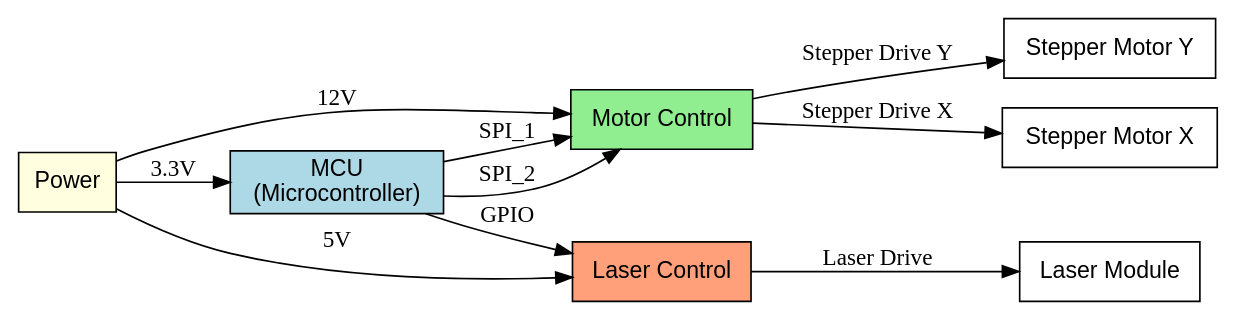
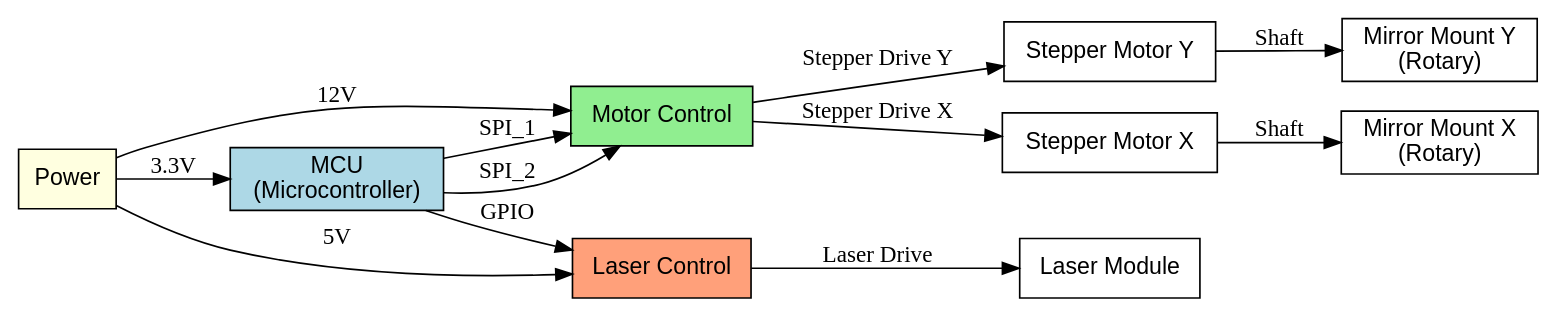
The diagram in docs/design/block-diagram.dot (SteveMayze/Laser-Projector), drawn with Graphviz before and after one commit.

Commit message:
Update block diagram design

```diff
--- a/docs/design/block-diagram.dot
+++ b/docs/design/block-diagram.dot
@@ -1,30 +1,34 @@
 digraph BlockDiagram {
     rankdir=LR;
     node [shape=box, style=filled, fillcolor=lightgrey, fontname="Helvetica"];
 
     // Blocks
     Power        [label="Power", fillcolor=lightyellow];
     MCU          [label="MCU\n(Microcontroller)", fillcolor=lightblue];
     MotorControl [label="Motor Control", fillcolor=lightgreen];
     LaserControl [label="Laser Control", fillcolor=lightsalmon];
 
     // Actuators
     StepperX     [label="Stepper Motor X", fillcolor=white];
     StepperY     [label="Stepper Motor Y", fillcolor=white];
+    MirrorMountX [label="Mirror Mount X\n(Rotary)", fillcolor=white];
+    MirrorMountY [label="Mirror Mount Y\n(Rotary)", fillcolor=white];
     LaserModule  [label="Laser Module", fillcolor=white];
 
     // Power outputs
     Power -> MCU          [label="3.3V"];
     Power -> LaserControl [label="5V"];
     Power -> MotorControl [label="12V"];
 
     // MCU outputs
     MCU -> MotorControl [label="SPI_1"];
     MCU -> MotorControl [label="SPI_2"];
     MCU -> LaserControl [label="GPIO"];
 
     // Actuator connections
     MotorControl -> StepperX    [label="Stepper Drive X"];
     MotorControl -> StepperY    [label="Stepper Drive Y"];
+    StepperX -> MirrorMountX    [label="Shaft"];
+    StepperY -> MirrorMountY    [label="Shaft"];
     LaserControl -> LaserModule [label="Laser Drive"];
 }
```
